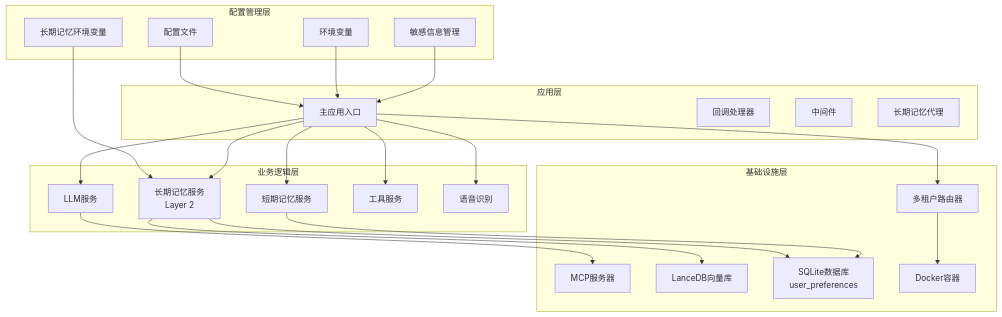
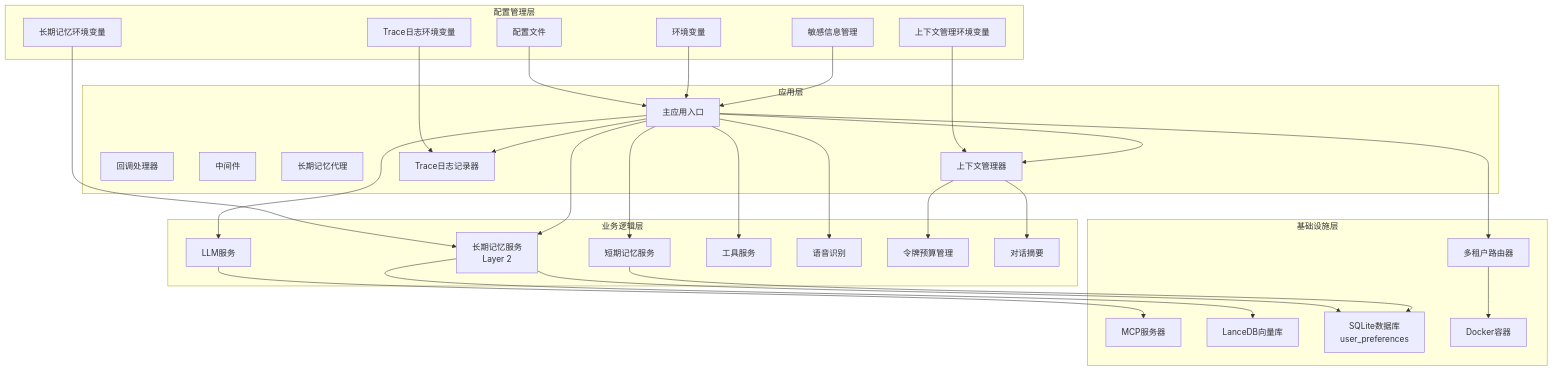
One commit to HanHuiOnLine/724-office changed the second of 26 diagrams in .qoder/repowiki/zh/content/配置管理/配置管理.md. Above: the diagram before and after it, drawn with Mermaid. The commit also changed other lines of this file and 10 other files, not shown here.

````diff
--- a/.qoder/repowiki/zh/content/配置管理/配置管理.md
+++ b/.qoder/repowiki/zh/content/配置管理/配置管理.md
@@ -143,44 +176,56 @@
 ```mermaid
 graph TB
 subgraph "配置管理层"
 Config[配置文件]
 Env[环境变量]
 Secrets[敏感信息管理]
 LongTermEnv[长期记忆环境变量]
+ContextEnv[上下文管理环境变量]
+TraceEnv[Trace日志环境变量]
 end
 subgraph "应用层"
 Main[主应用入口]
 Handlers[回调处理器]
 Middleware[中间件]
 LongTermAgent[长期记忆代理]
+ContextManager[上下文管理器]
+TraceLogger[Trace日志记录器]
 end
 subgraph "业务逻辑层"
 LLM[LLM服务]
 Memory[短期记忆服务]
 LongTermMemory[长期记忆服务<br/>Layer 2]
 Tools[工具服务]
 ASR[语音识别]
+TokenBudget[令牌预算管理]
+Summarizer[对话摘要]
 end
 subgraph "基础设施层"
 MCP[MCP服务器]
 VectorDB[LanceDB向量库]
 DB[SQLite数据库<br/>user_preferences]
 Docker[Docker容器]
 Router[多租户路由器]
 end
 Config --> Main
 Env --> Main
 Secrets --> Main
 LongTermEnv --> LongTermMemory
+ContextEnv --> ContextManager
+TraceEnv --> TraceLogger
 Main --> LLM
 Main --> Memory
 Main --> LongTermMemory
 Main --> Tools
 Main --> ASR
+Main --> ContextManager
+Main --> TraceLogger
 LongTermMemory --> DB
 LongTermMemory --> VectorDB
+ContextManager --> TokenBudget
+ContextManager --> Summarizer
 LLM --> MCP
 Memory --> DB
 Main --> Router
 Router --> Docker
 ```
````
